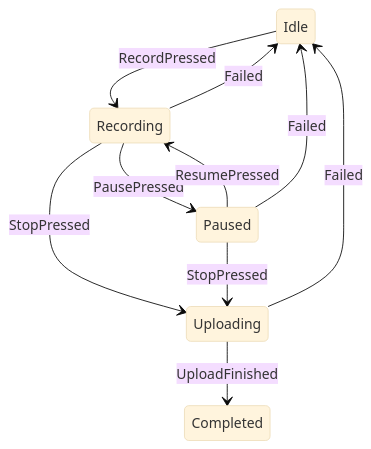
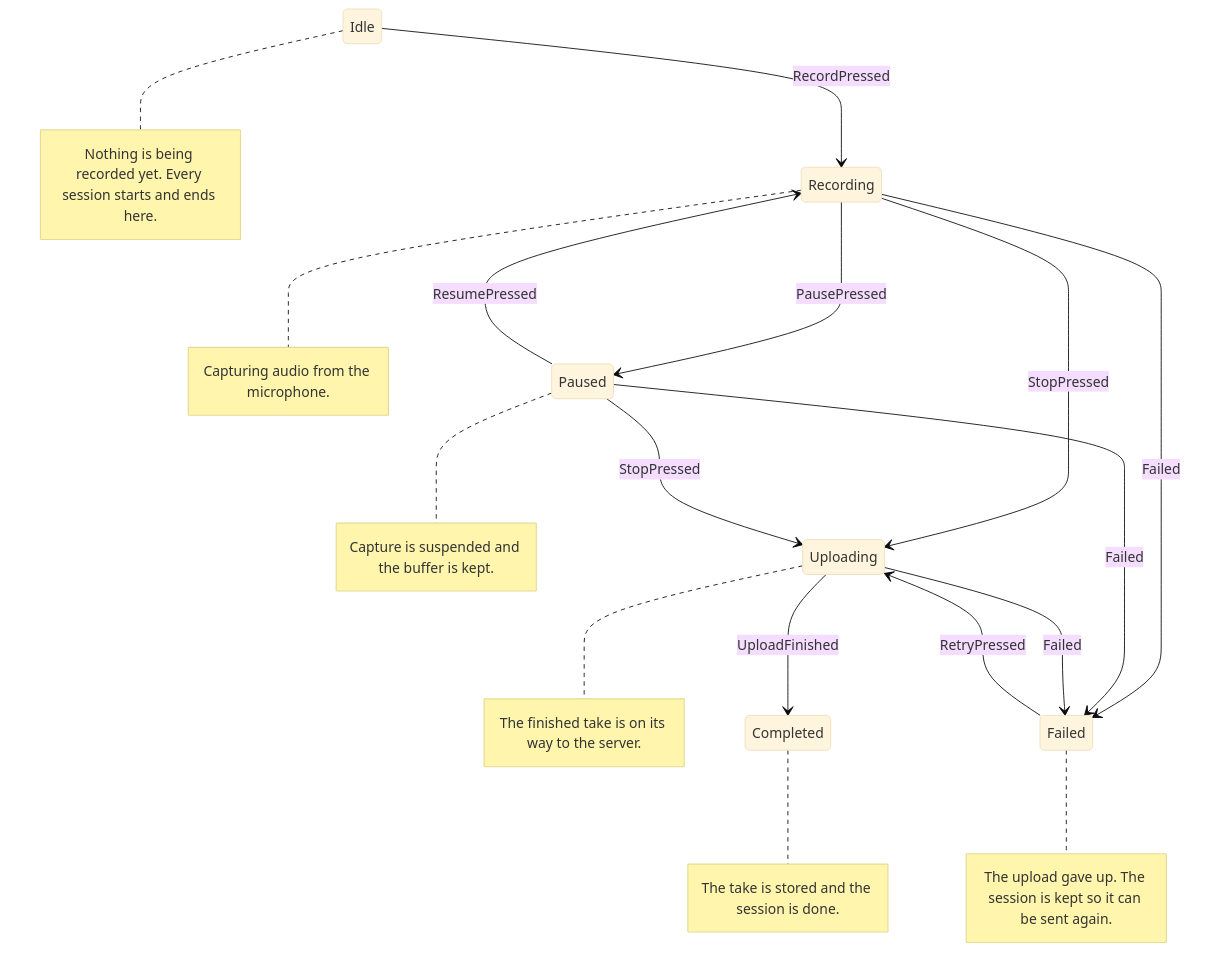
One commit to josecleiton/crux_analyzer changed the first of 2 diagrams in docs/pt-BR/examples/mini-recorder.md. Above: the diagram before and after it, drawn with Mermaid (base theme). The commit also changed other lines of this file and 6 other files, not shown here.

````diff
--- a/docs/pt-BR/examples/mini-recorder.md
+++ b/docs/pt-BR/examples/mini-recorder.md
@@ -7,12 +10,19 @@
 ```mermaid
 stateDiagram-v2
     Idle --> Recording: RecordPressed
     Recording --> Paused: PausePressed
     Paused --> Recording: ResumePressed
     Recording --> Uploading: StopPressed
     Paused --> Uploading: StopPressed
     Uploading --> Completed: UploadFinished
-    Recording --> Idle: Failed
-    Paused --> Idle: Failed
-    Uploading --> Idle: Failed
+    Failed --> Uploading: RetryPressed
+    Recording --> Failed: Failed
+    Paused --> Failed: Failed
+    Uploading --> Failed: Failed
+    note right of Idle : Nothing is being recorded yet. Every session starts and ends here.
+    note right of Recording : Capturing audio from the microphone.
+    note right of Paused : Capture is suspended and the buffer is kept.
+    note right of Uploading : The finished take is on its way to the server.
+    note right of Completed : The take is stored and the session is done.
+    note right of Failed : The upload gave up. The session is kept so it can be sent again.
 ```
````
